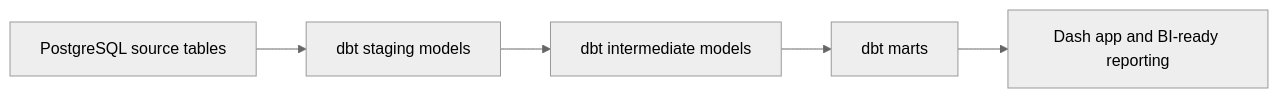
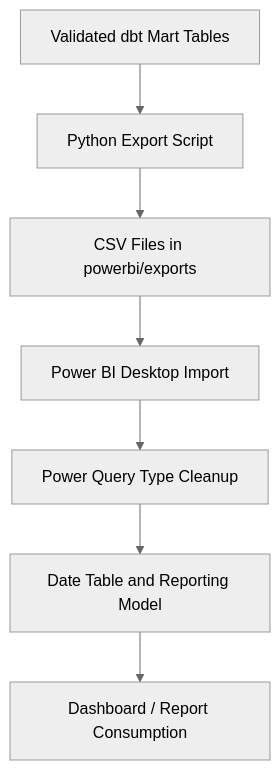
One commit to Kartz82/customer-intelligence-warehouse changed the fourth of 4 diagrams in README.md. Above: the diagram before and after it, drawn with Mermaid (neutral theme). The commit also changed other lines of this file, not shown here.

````diff
--- a/README.md
+++ b/README.md
@@ -172,7 +147,9 @@
 ```mermaid
-flowchart LR
-    A[PostgreSQL source tables] --> B[dbt staging models]
-    B --> C[dbt intermediate models]
-    C --> D[dbt marts]
-    D --> E[Dash app and BI-ready reporting]
+flowchart TD
+    A[Validated dbt Mart Tables] --> B[Python Export Script]
+    B --> C[CSV Files in powerbi/exports]
+    C --> D[Power BI Desktop Import]
+    D --> E[Power Query Type Cleanup]
+    E --> F[Date Table and Reporting Model]
+    F --> G[Dashboard / Report Consumption]
 ```
````
